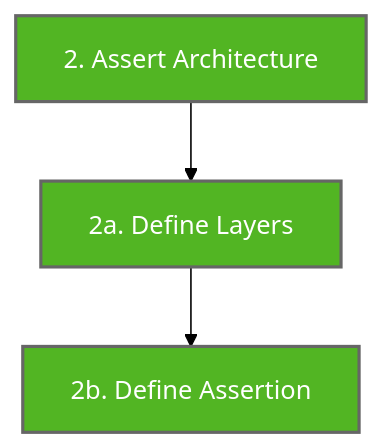
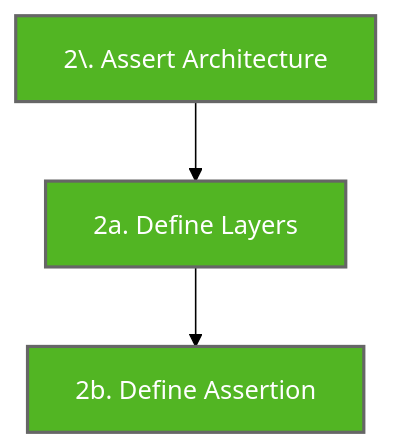
One commit to LemonAppDev/konsist-documentation changed the first of 2 diagrams in writing-tests/architecture-assert.md. Above: the diagram before and after it, drawn with Mermaid. The commit also changed 8 other files, not shown here.

Commit message:
upd mermeid diagrams

````diff
--- a/writing-tests/architecture-assert.md
+++ b/writing-tests/architecture-assert.md
@@ -9,10 +9,10 @@
 ```mermaid
 %%{init: {'theme':'forest'}}%%
 flowchart TB
-    StepA2["2. Assert Architecture"]-->StepA3
+    StepA2["2\. Assert Architecture"]-->StepA3
     StepA3["2a. Define Layers"]-->StepA4
     StepA4["2b. Define Assertion"]
     style StepA2 fill:#52B523,stroke:#666,stroke-width:2px,color:#fff
     style StepA3 fill:#52B523,stroke:#666,stroke-width:2px,color:#fff
     style StepA4 fill:#52B523,stroke:#666,stroke-width:2px,color:#fff
 ```
````
